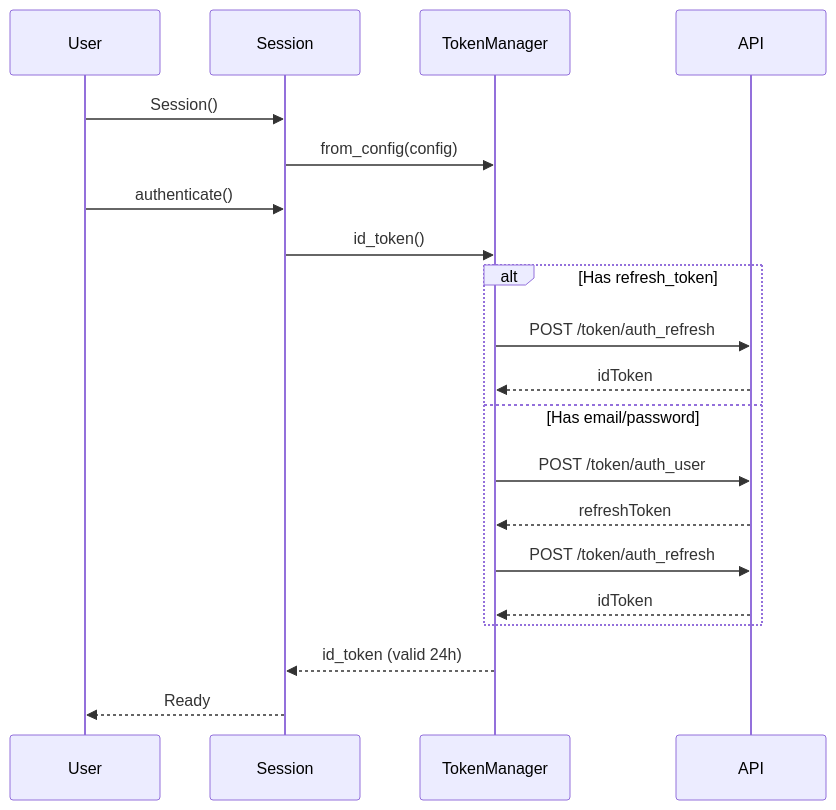
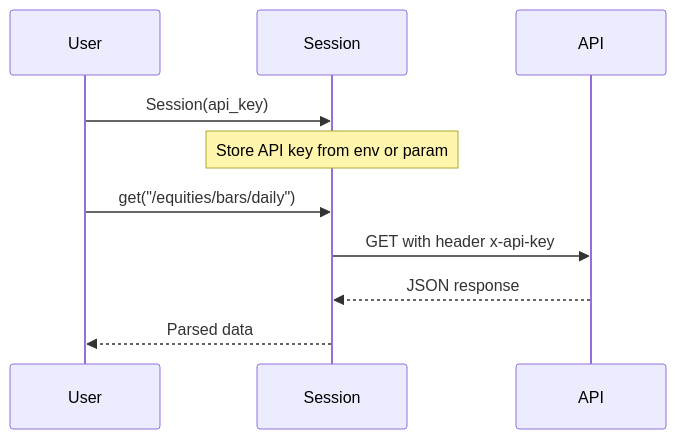
The third of 3 diagrams in docs/architecture.md (obichan117/pyjquants), drawn with Mermaid before and after one commit. The commit also changed other lines of this file and 15 other files, not shown here.

````diff
--- a/docs/architecture.md
+++ b/docs/architecture.md
@@ -158,26 +160,14 @@
 ```mermaid
 sequenceDiagram
     participant User
     participant Session
-    participant TokenManager
     participant API
 
-    User->>Session: Session()
-    Session->>TokenManager: from_config(config)
+    User->>Session: Session(api_key)
+    Note over Session: Store API key from env or param
 
-    User->>Session: authenticate()
-    Session->>TokenManager: id_token()
-
-    alt Has refresh_token
-        TokenManager->>API: POST /token/auth_refresh
-        API-->>TokenManager: idToken
-    else Has email/password
-        TokenManager->>API: POST /token/auth_user
-        API-->>TokenManager: refreshToken
-        TokenManager->>API: POST /token/auth_refresh
-        API-->>TokenManager: idToken
-    end
-
-    TokenManager-->>Session: id_token (valid 24h)
-    Session-->>User: Ready
+    User->>Session: get("/equities/bars/daily")
+    Session->>API: GET with header x-api-key
+    API-->>Session: JSON response
+    Session-->>User: Parsed data
 ```
````
